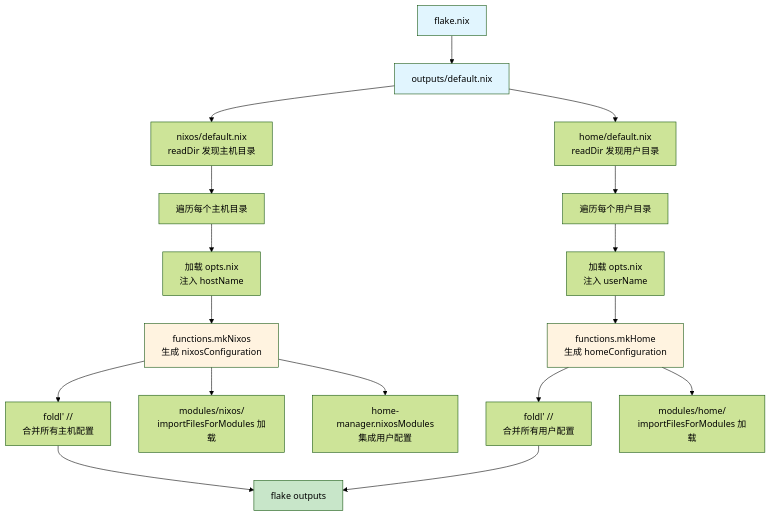
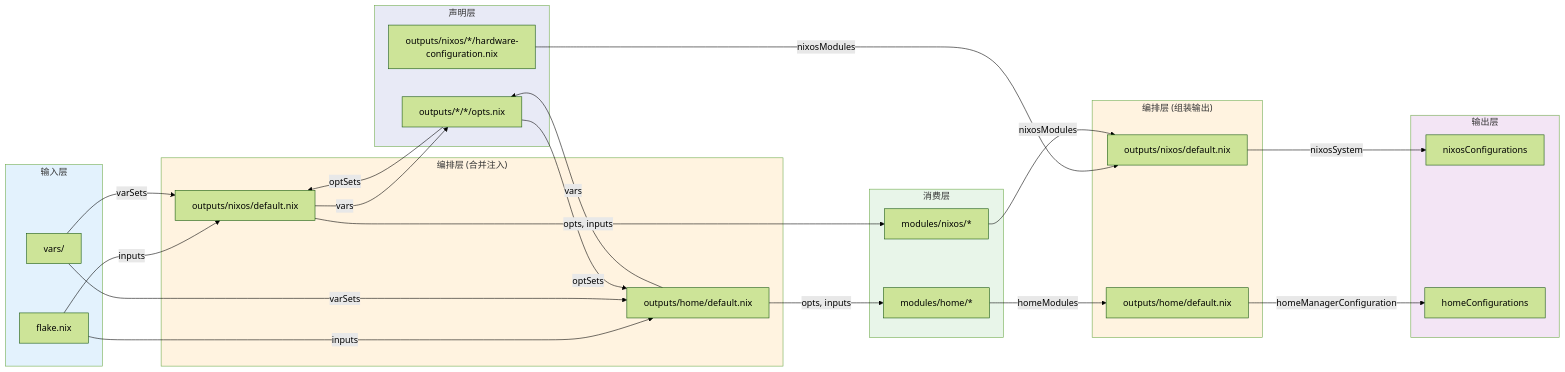
One commit to coldwitness/nix-config changed the diagram in docs/architecture.md. Above: the diagram before and after it, drawn with Mermaid (forest theme). The commit also changed other lines of this file and 6 other files, not shown here.

````diff
--- a/docs/architecture.md
+++ b/docs/architecture.md
@@ -24,30 +24,57 @@
 ```mermaid
-flowchart TD
-    FLAKE["flake.nix"] --> OUT["outputs/default.nix"]
+flowchart LR
+    subgraph INPUT["输入层"]
+        FLAKE["flake.nix"]
+        VARS["vars/"]
+    end
 
-    OUT --> NIXOS["nixos/default.nix<br/>readDir 发现主机目录"]
-    OUT --> HOME["home/default.nix<br/>readDir 发现用户目录"]
+    subgraph DECLARE["声明层"]
+        OPTS["outputs/*/*/opts.nix"]
+        HW["outputs/nixos/*/hardware-configuration.nix"]
+    end
 
-    NIXOS --> HOST_LOOP["遍历每个主机目录"]
-    HOST_LOOP --> HOST_OPTS["加载 opts.nix<br/>注入 hostName"]
-    HOST_OPTS --> MK_NIXOS["functions.mkNixos<br/>生成 nixosConfiguration"]
-    MK_NIXOS --> MERGE_HOSTS["foldl' //<br/>合并所有主机配置"]
+    subgraph ENGINE["编排层 (合并注入)"]
+        NIXOS["outputs/nixos/default.nix"]
+        HOME["outputs/home/default.nix"]
+    end
 
-    HOME --> USER_LOOP["遍历每个用户目录"]
-    USER_LOOP --> USER_OPTS["加载 opts.nix<br/>注入 userName"]
-    USER_OPTS --> MK_HOME["functions.mkHome<br/>生成 homeConfiguration"]
-    MK_HOME --> MERGE_USERS["foldl' //<br/>合并所有用户配置"]
+    subgraph CONSUME["消费层"]
+        MOD_NIXOS["modules/nixos/*"]
+        MOD_HOME["modules/home/*"]
+    end
 
-    MERGE_HOSTS --> FINAL["flake outputs"]
-    MERGE_USERS --> FINAL
+    subgraph ENGINE2["编排层 (组装输出)"]
+        NIXOS2["outputs/nixos/default.nix"]
+        HOME2["outputs/home/default.nix"]
+    end
 
-    MK_NIXOS --> MODULES_NIXOS["modules/nixos/<br/>importFilesForModules 加载"]
-    MK_NIXOS --> HM_NIXOS["home-manager.nixosModules<br/>集成用户配置"]
-    MK_HOME --> MODULES_HOME["modules/home/<br/>importFilesForModules 加载"]
+    subgraph OUTPUT["输出层"]
+        NIXOS_CFG["nixosConfigurations"]
+        HOME_CFG["homeConfigurations"]
+    end
 
-    style FLAKE fill:#e1f5fe
-    style OUT fill:#e1f5fe
-    style FINAL fill:#c8e6c9
-    style MK_NIXOS fill:#fff3e0
-    style MK_HOME fill:#fff3e0
+    FLAKE -->|"inputs"| NIXOS
+    FLAKE -->|"inputs"| HOME
+    VARS -->|"varSets"| NIXOS
+    VARS -->|"varSets"| HOME
+    NIXOS -->|"vars"| OPTS
+    HOME -->|"vars"| OPTS
+    OPTS -->|"optSets"| NIXOS
+    OPTS -->|"optSets"| HOME
+    HW -->|"nixosModules"| NIXOS2
+
+    NIXOS -->|"opts, inputs"| MOD_NIXOS
+    HOME -->|"opts, inputs"| MOD_HOME
+
+    MOD_NIXOS -->|"nixosModules"| NIXOS2
+    MOD_HOME -->|"homeModules"| HOME2
+    NIXOS2 -->|"nixosSystem"| NIXOS_CFG
+    HOME2 -->|"homeManagerConfiguration"| HOME_CFG
+
+    style INPUT fill:#e3f2fd
+    style DECLARE fill:#e8eaf6
+    style ENGINE fill:#fff3e0
+    style CONSUME fill:#e8f5e9
+    style ENGINE2 fill:#fff3e0
+    style OUTPUT fill:#f3e5f5
 ```
````
